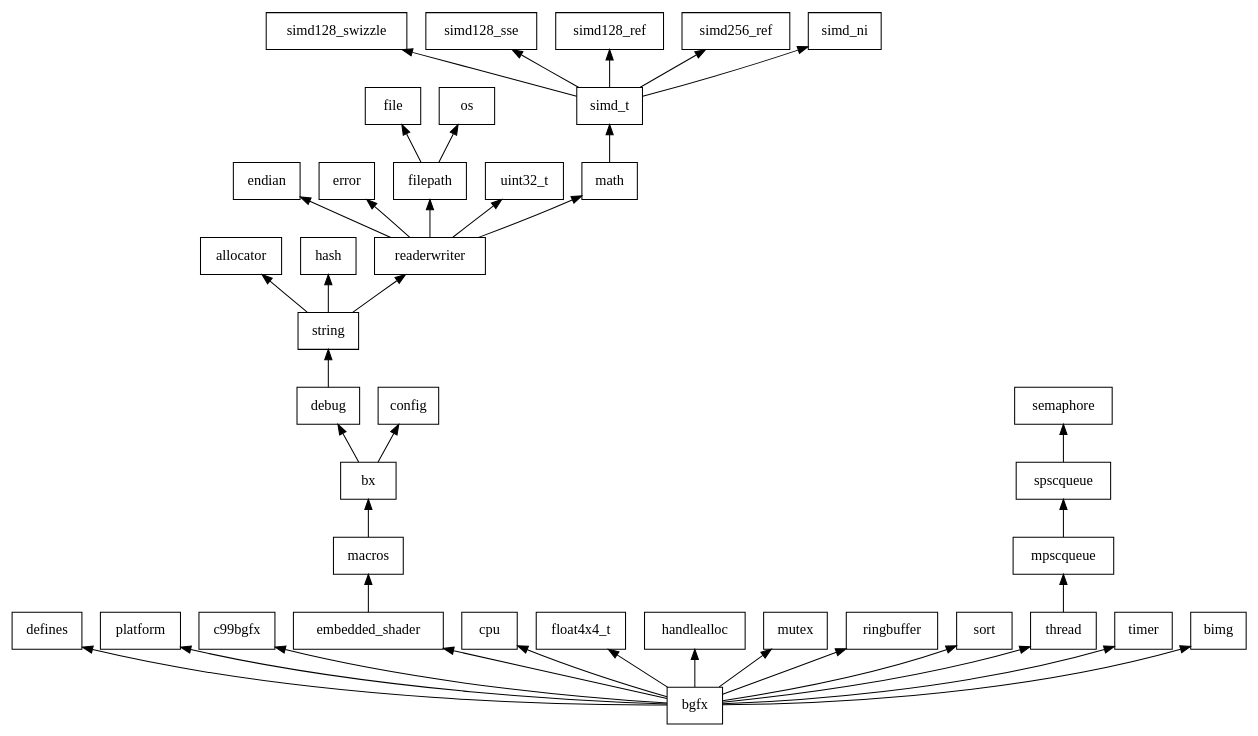
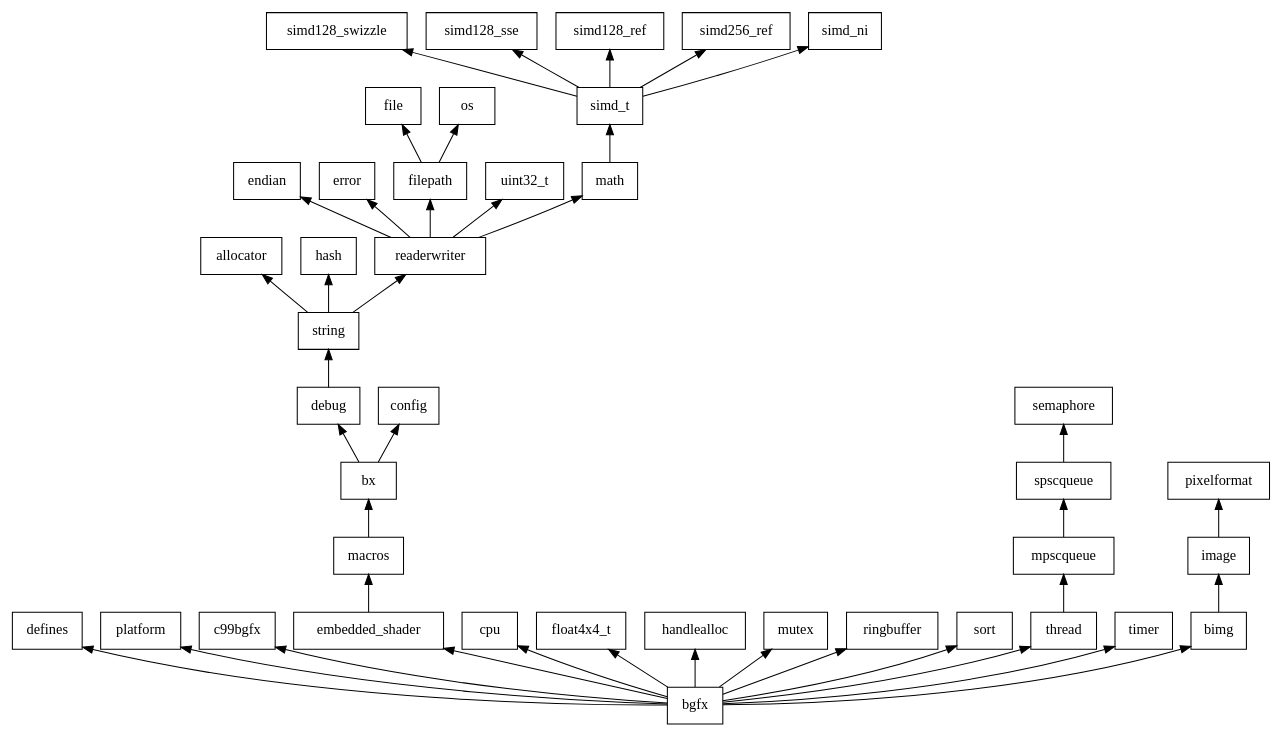
The diagram in doc/tinybgfx.dot (hotqkc/tt), drawn with Graphviz before and after one commit. The commit also changed 6 other files, not shown here.

```diff
--- a/doc/tinybgfx.dot
+++ b/doc/tinybgfx.dot
@@ -1,56 +1,58 @@
 digraph TTSFML_System {
 
 	rankdir = BT
 
 	node [
 		shape = "record"
 	]
 	
 	bgfx -> defines
 	bgfx -> platform
 	bgfx -> c99bgfx
 	
 	bgfx -> embedded_shader
 	
 	embedded_shader -> macros
 	
 	macros -> bx
 	bx -> debug
 	bx -> config
 	debug -> string
 	
 	string -> allocator
 	string -> hash
 	string -> readerwriter
 		
 	readerwriter -> endian
 	readerwriter -> error
 	readerwriter -> filepath
 	readerwriter -> uint32_t
 	readerwriter -> math
 	
 	math -> simd_t
 	simd_t -> simd128_swizzle
 	simd_t -> simd128_sse
 	simd_t -> simd128_ref
 	simd_t -> simd256_ref
 	simd_t -> simd_ni
 	
 	filepath -> file
 	filepath -> os
 	
 	bgfx -> cpu
 	bgfx -> float4x4_t
 	bgfx -> handlealloc
 	bgfx -> mutex
 	bgfx -> ringbuffer
 	bgfx -> sort
 	bgfx -> thread
 	bgfx -> timer
 	
 	bgfx -> bimg
+	bimg -> image
+	image -> pixelformat
 	
 	thread -> mpscqueue
 	mpscqueue -> spscqueue
 	spscqueue -> semaphore
 }
```
